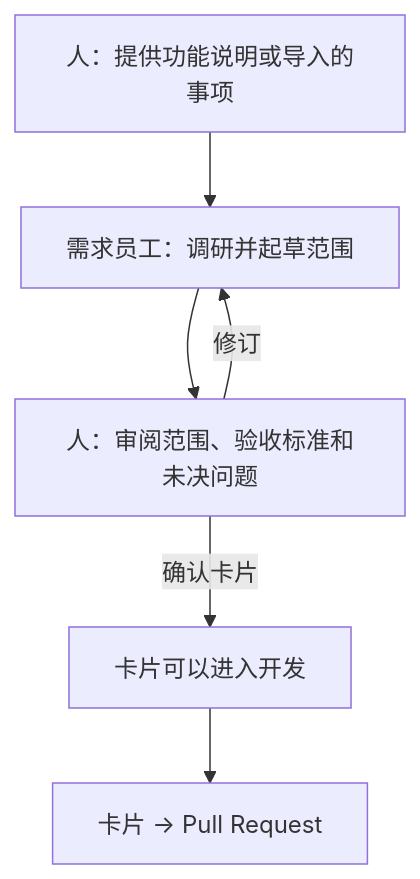
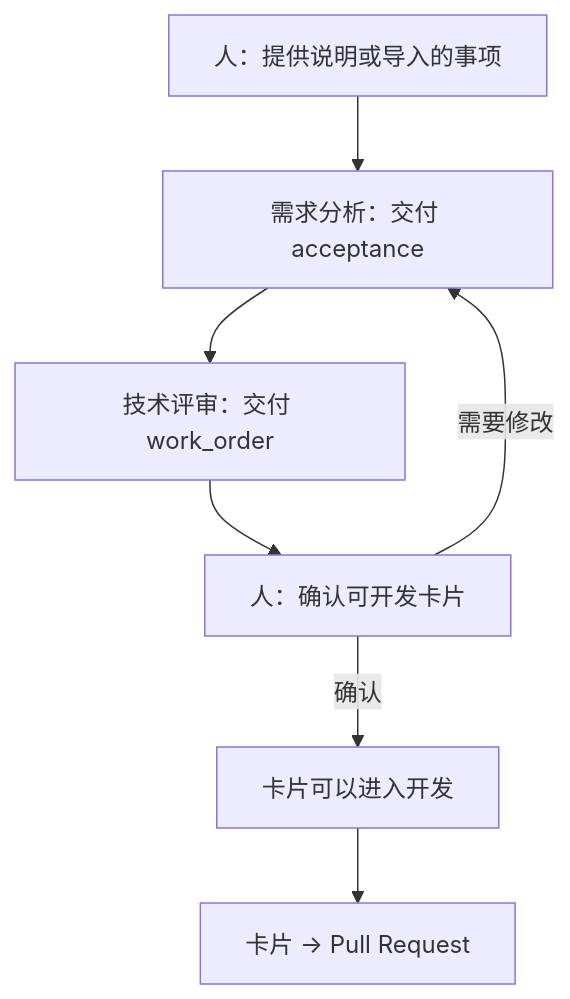
One commit to WeiJiLab/aiworkforce-docs changed the diagram in src/content/docs/zh-cn/software-factory/requirements-to-card.md. Above: the diagram before and after it, drawn with Mermaid. The commit also changed other lines of this file and 15 other files, not shown here.

````diff
--- a/src/content/docs/zh-cn/software-factory/requirements-to-card.md
+++ b/src/content/docs/zh-cn/software-factory/requirements-to-card.md
@@ -17,10 +17,11 @@
 ```mermaid
 flowchart TD
-    brief["人：提供功能说明或导入的事项"] --> design["需求员工：调研并起草范围"]
-    design --> review["人：审阅范围、验收标准和未决问题"]
-    review -->|修订| design
-    review -->|确认卡片| ready["卡片可以进入开发"]
+    brief["人：提供说明或导入的事项"] --> analysis["需求分析：交付 acceptance"]
+    analysis --> technical["技术评审：交付 work_order"]
+    technical --> review["人：确认可开发卡片"]
+    review -->|需要修改| analysis
+    review -->|确认| ready["卡片可以进入开发"]
     ready --> next["卡片 → Pull Request"]
     class brief,review human
-    class design agent
+    class analysis,technical agent
 ```
````
